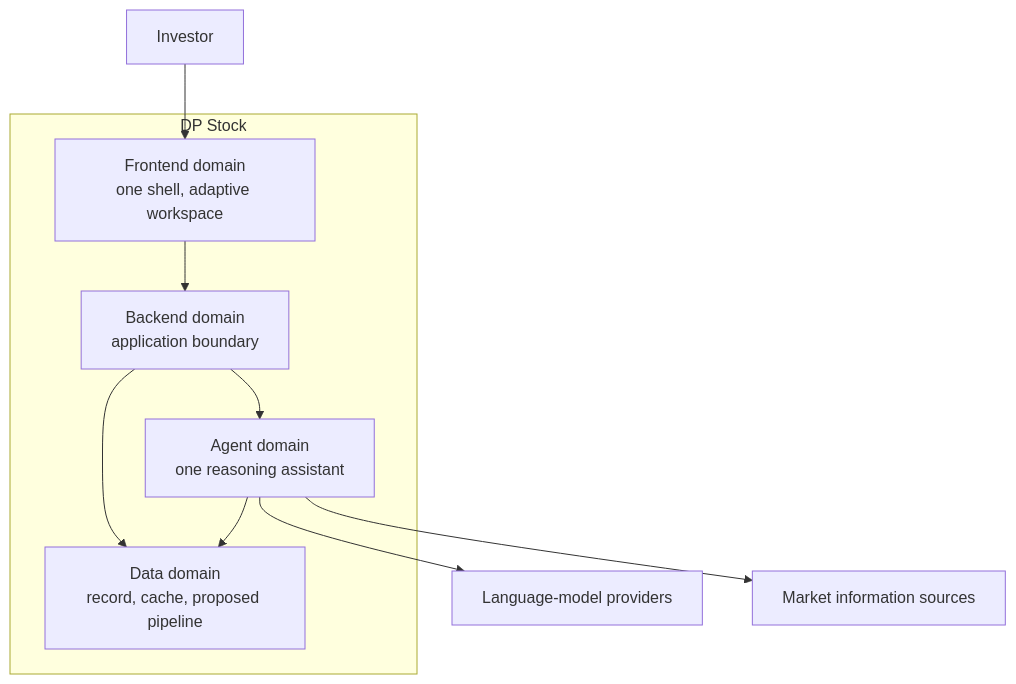
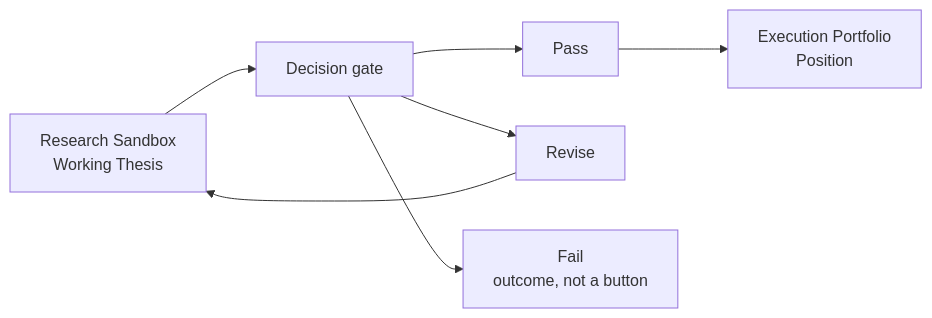
One commit to d-dragon/dp-stock-investment-assistant changed the fourth of 4 diagrams in docs/architecture/SYSTEM_OVERVIEW_AND_BOUNDARIES.md. Above: the diagram before and after it, drawn with Mermaid. The commit also changed other lines of this file, not shown here.

Commit message:
docs(architecture): update system overview and boundaries to version 0.6 with new structure and added details

````diff
--- a/docs/architecture/SYSTEM_OVERVIEW_AND_BOUNDARIES.md
+++ b/docs/architecture/SYSTEM_OVERVIEW_AND_BOUNDARIES.md
@@ -126,22 +253,16 @@
 ```mermaid
-flowchart TB
-    Investor["Investor"]
+flowchart LR
+    Sandbox["Research Sandbox\nWorking Thesis"]
+    Gate["Decision gate"]
+    Pass["Pass"]
+    Revise["Revise"]
+    Fail["Fail\noutcome, not a button"]
+    Portfolio["Execution Portfolio\nPosition"]
 
-    subgraph System["DP Stock"]
-        FE["Frontend domain\none shell, adaptive workspace"]
-        BE["Backend domain\napplication boundary"]
-        AG["Agent domain\none reasoning assistant"]
-        DATA["Data domain\nrecord, cache, proposed pipeline"]
-    end
-
-    Models["Language-model providers"]
-    Market["Market information sources"]
-
-    Investor --> FE
-    FE --> BE
-    BE --> AG
-    BE --> DATA
-    AG --> DATA
-    AG --> Models
-    AG --> Market
+    Sandbox --> Gate
+    Gate --> Pass
+    Pass --> Portfolio
+    Gate --> Revise
+    Revise --> Sandbox
+    Gate --> Fail
 ```
````
